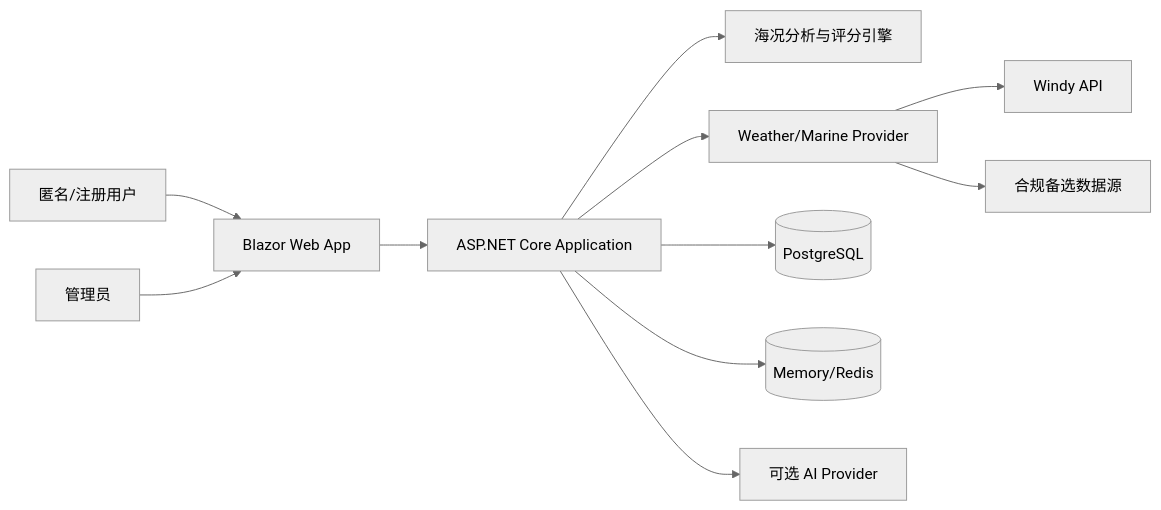
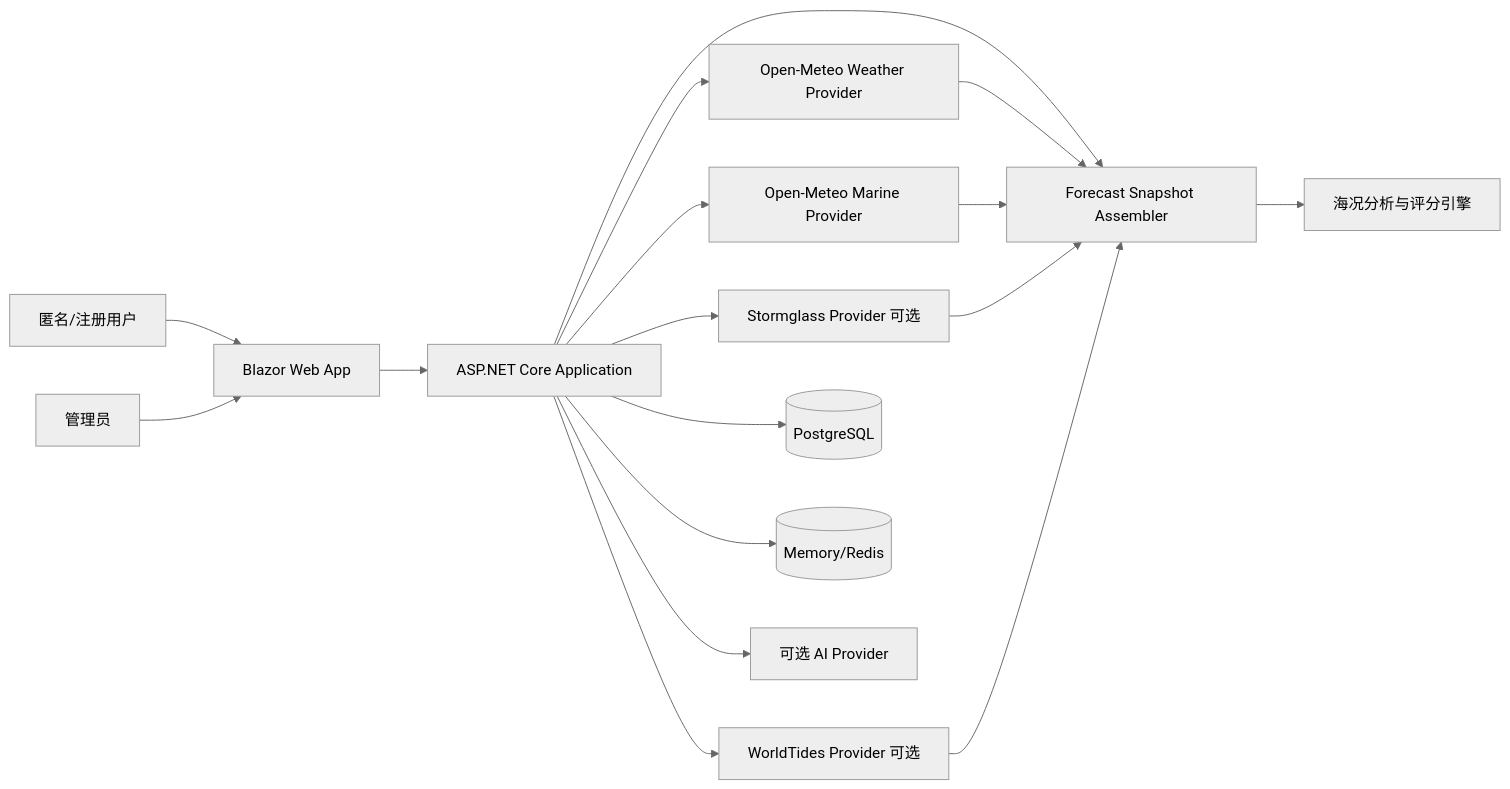
Before and after one commit to Camefor/marine-insight: the diagram in docs/02-需求规格说明书(SRS).md, drawn with Mermaid (neutral theme). The commit also changed other lines of this file and 19 other files, not shown here.

````diff
--- a/docs/02-需求规格说明书(SRS).md
+++ b/docs/02-需求规格说明书(SRS).md
@@ -24,13 +24,19 @@
 ```mermaid
 flowchart LR
     U[匿名/注册用户] --> W[Blazor Web App]
     A[管理员] --> W
     W --> API[ASP.NET Core Application]
-    API --> AN[海况分析与评分引擎]
-    API --> P[Weather/Marine Provider]
-    P --> WINDY[Windy API]
-    P --> ALT[合规备选数据源]
+    API --> ASSEMBLER[Forecast Snapshot Assembler]
+    ASSEMBLER --> AN[海况分析与评分引擎]
+    API --> OW[Open-Meteo Weather Provider]
+    API --> OM[Open-Meteo Marine Provider]
+    API --> SG[Stormglass Provider 可选]
+    API --> WT[WorldTides Provider 可选]
+    OW --> ASSEMBLER
+    OM --> ASSEMBLER
+    SG --> ASSEMBLER
+    WT --> ASSEMBLER
     API --> DB[(PostgreSQL)]
     API --> CACHE[(Memory/Redis)]
     API --> AI[可选 AI Provider]
 ```
````
